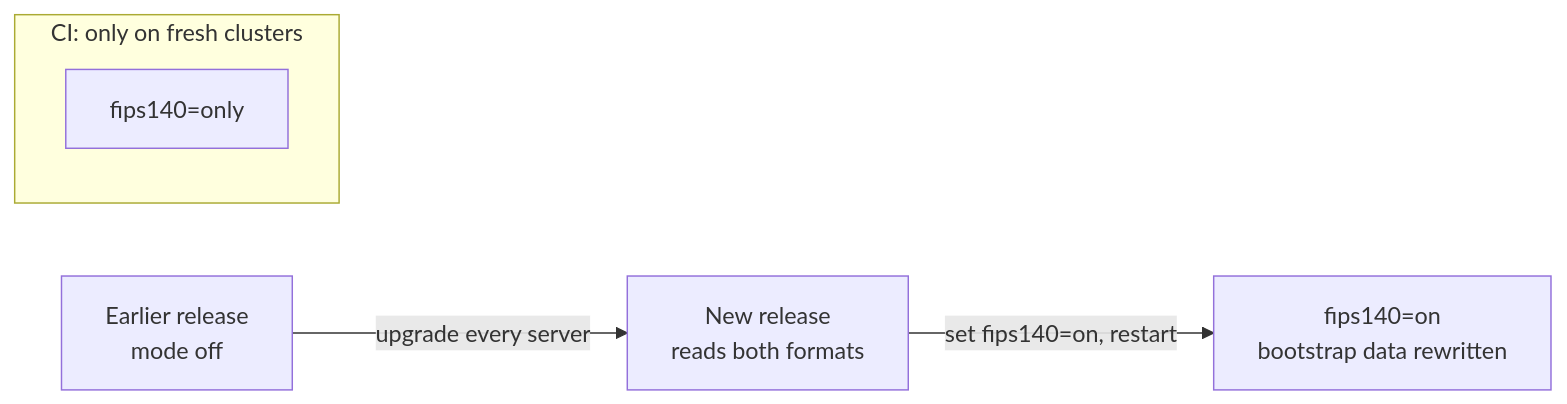
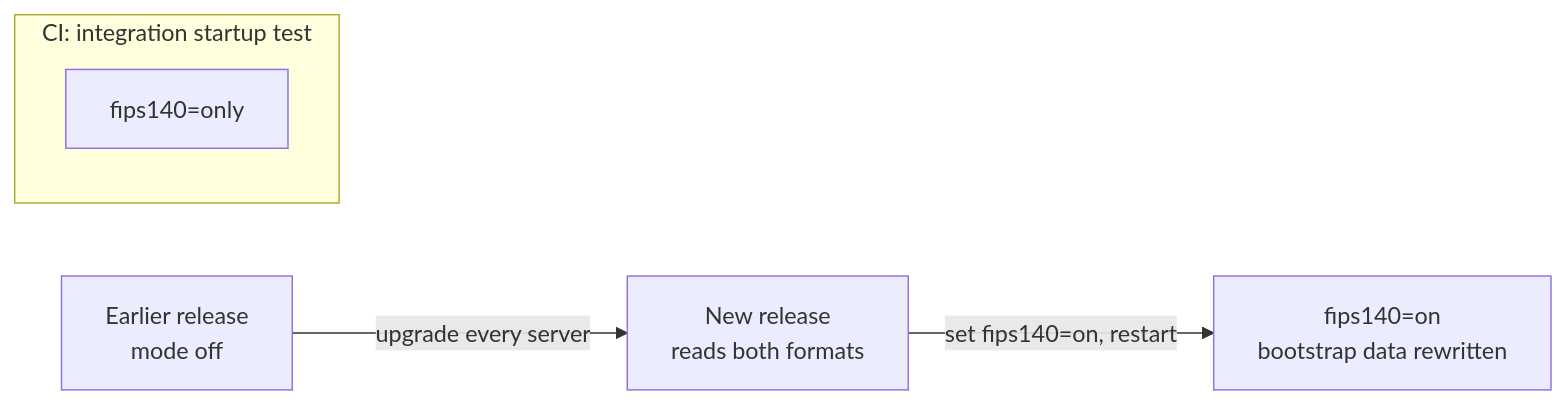
One commit to k3s-io/k3s changed the diagram in docs/adrs/go-fips140-mode.md. Above: the diagram before and after it, drawn with Mermaid. The commit also changed other lines of this file, not shown here.

````diff
--- a/docs/adrs/go-fips140-mode.md
+++ b/docs/adrs/go-fips140-mode.md
@@ -27,8 +27,8 @@
 ```mermaid
 flowchart LR
     A[Earlier release<br/>mode off] -->|upgrade every server| B[New release<br/>reads both formats]
     B -->|set fips140=on, restart| C[fips140=on<br/>bootstrap data rewritten]
-    subgraph CI["CI: only on fresh clusters"]
+    subgraph CI["CI: integration startup test"]
     D[fips140=only]
     end
 ```
````
